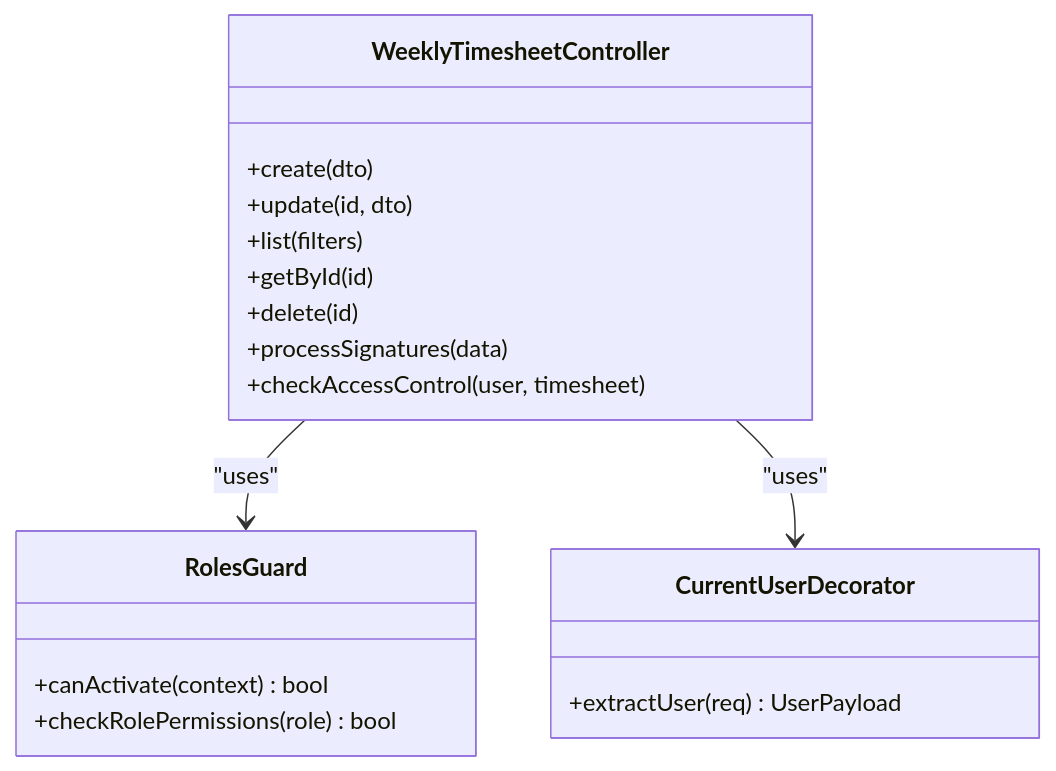
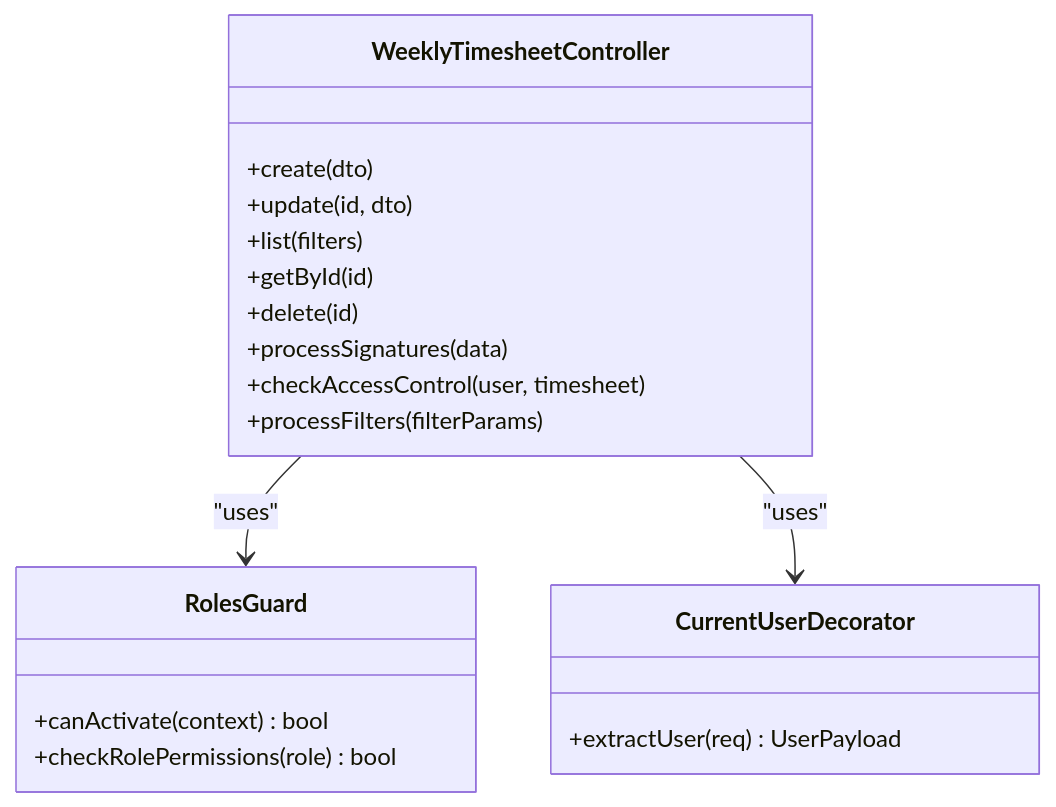
The third of 12 diagrams in .qoder/repowiki/en/content/Arquitetura Backend/Módulos do Sistema/Timesheet Semanal - Módulo Backend.md (RobertRuas/windlog), drawn with Mermaid before and after one commit. The commit also changed other lines of this file and 45 other files, not shown here.

````diff
--- a/.qoder/repowiki/en/content/Arquitetura Backend/Módulos do Sistema/Timesheet Semanal - Módulo Backend.md
+++ b/.qoder/repowiki/en/content/Arquitetura Backend/Módulos do Sistema/Timesheet Semanal - Módulo Backend.md
@@ -254,21 +267,22 @@
 ```mermaid
 classDiagram
 class WeeklyTimesheetController {
 +create(dto)
 +update(id, dto)
 +list(filters)
 +getById(id)
 +delete(id)
 +processSignatures(data)
 +checkAccessControl(user, timesheet)
++processFilters(filterParams)
 }
 class RolesGuard {
 +canActivate(context) bool
 +checkRolePermissions(role) bool
 }
 class CurrentUserDecorator {
 +extractUser(req) UserPayload
 }
 WeeklyTimesheetController --> RolesGuard : "uses"
 WeeklyTimesheetController --> CurrentUserDecorator : "uses"
 ```
````
